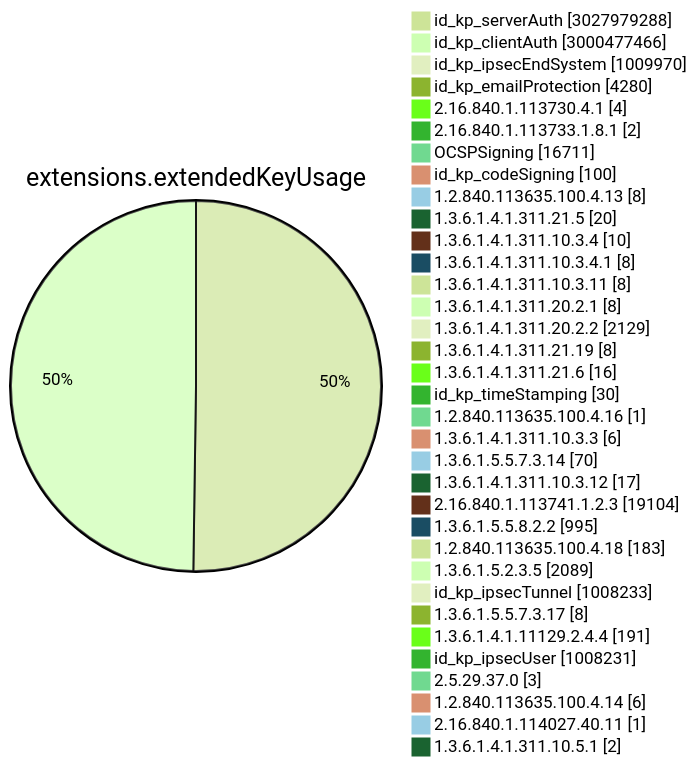
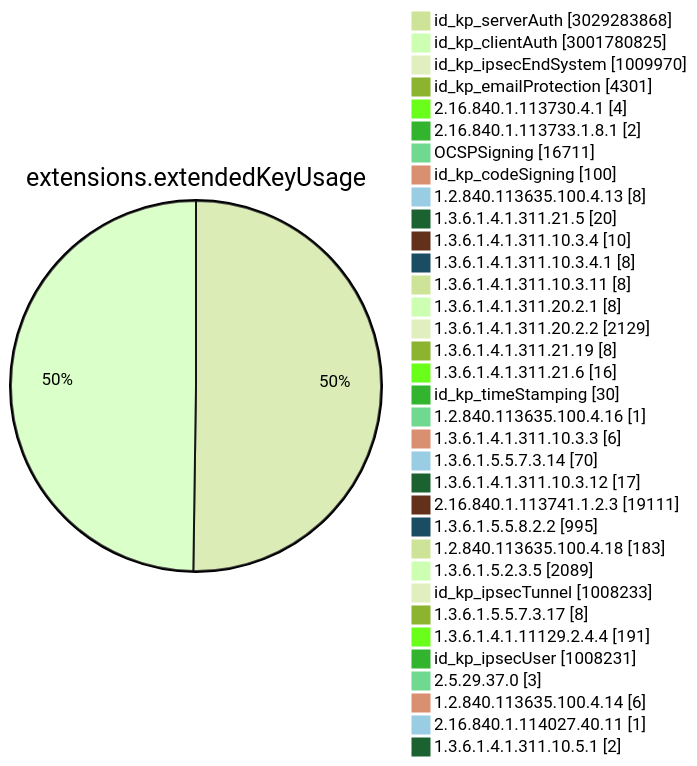
Diagram 11 of 15 in TOTAL/README.md (christiankrug/ctmonitor_visualization), drawn with Mermaid (forest theme) before and after one commit. The commit also changed other lines of this file, not shown here.

````diff
--- a/TOTAL/README.md
+++ b/TOTAL/README.md
@@ -4110,38 +4111,38 @@
 ```mermaid
 pie showData
 title extensions.extendedKeyUsage
-"id_kp_serverAuth" :3027979288
-"id_kp_clientAuth" :3000477466
+"id_kp_serverAuth" :3029283868
+"id_kp_clientAuth" :3001780825
 "id_kp_ipsecEndSystem" :1009970
-"id_kp_emailProtection" :4280
+"id_kp_emailProtection" :4301
 "2.16.840.1.113730.4.1" :4
 "2.16.840.1.113733.1.8.1" :2
 "OCSPSigning" :16711
 "id_kp_codeSigning" :100
 "1.2.840.113635.100.4.13" :8
 "1.3.6.1.4.1.311.21.5" :20
 "1.3.6.1.4.1.311.10.3.4" :10
 "1.3.6.1.4.1.311.10.3.4.1" :8
 "1.3.6.1.4.1.311.10.3.11" :8
 "1.3.6.1.4.1.311.20.2.1" :8
 "1.3.6.1.4.1.311.20.2.2" :2129
 "1.3.6.1.4.1.311.21.19" :8
 "1.3.6.1.4.1.311.21.6" :16
 "id_kp_timeStamping" :30
 "1.2.840.113635.100.4.16" :1
 "1.3.6.1.4.1.311.10.3.3" :6
 "1.3.6.1.5.5.7.3.14" :70
 "1.3.6.1.4.1.311.10.3.12" :17
-"2.16.840.1.113741.1.2.3" :19104
+"2.16.840.1.113741.1.2.3" :19111
 "1.3.6.1.5.5.8.2.2" :995
 "1.2.840.113635.100.4.18" :183
 "1.3.6.1.5.2.3.5" :2089
 "id_kp_ipsecTunnel" :1008233
 "1.3.6.1.5.5.7.3.17" :8
 "1.3.6.1.4.1.11129.2.4.4" :191
 "id_kp_ipsecUser" :1008231
 "2.5.29.37.0" :3
 "1.2.840.113635.100.4.14" :6
 "2.16.840.1.114027.40.11" :1
 "1.3.6.1.4.1.311.10.5.1" :2
 ```
````
